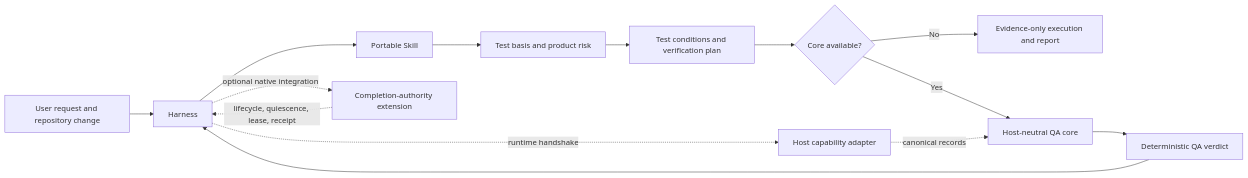
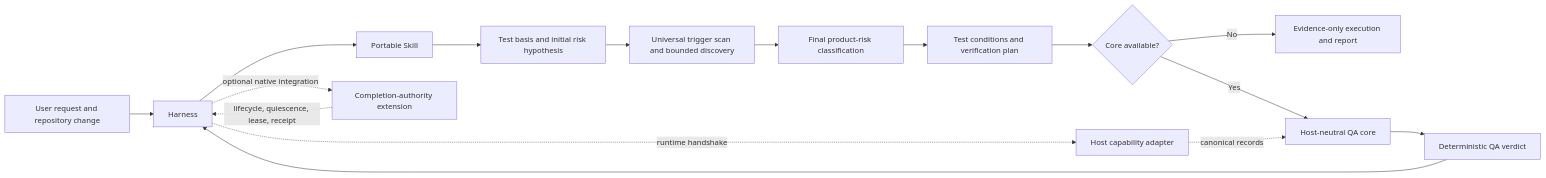
Before and after one commit to Jin-Doh/traceknot: the first of 3 diagrams in README.md, drawn with Mermaid. The commit also changed other lines of this file and 1 other file, not shown here.

Commit message:
docs: document bounded adversarial discovery

````diff
--- a/README.md
+++ b/README.md
@@ -142,18 +152,20 @@
 ```mermaid
 flowchart LR
     U[User request and repository change] --> H[Harness]
     H --> S[Portable Skill]
-    S --> B[Test basis and product risk]
-    B --> P[Test conditions and verification plan]
+    S --> B[Test basis and initial risk hypothesis]
+    B --> D[Universal trigger scan and bounded discovery]
+    D --> R[Final product-risk classification]
+    R --> P[Test conditions and verification plan]
     P --> X{Core available?}
     X -->|No| E[Evidence-only execution and report]
     X -->|Yes| C[Host-neutral QA core]
     C --> V[Deterministic QA verdict]
     V --> H
 
     H -. runtime handshake .-> A[Host capability adapter]
     A -. canonical records .-> C
 
     H -. optional native integration .-> Q[Completion-authority extension]
     Q -. lifecycle, quiescence, lease, receipt .-> H
 ```
````
